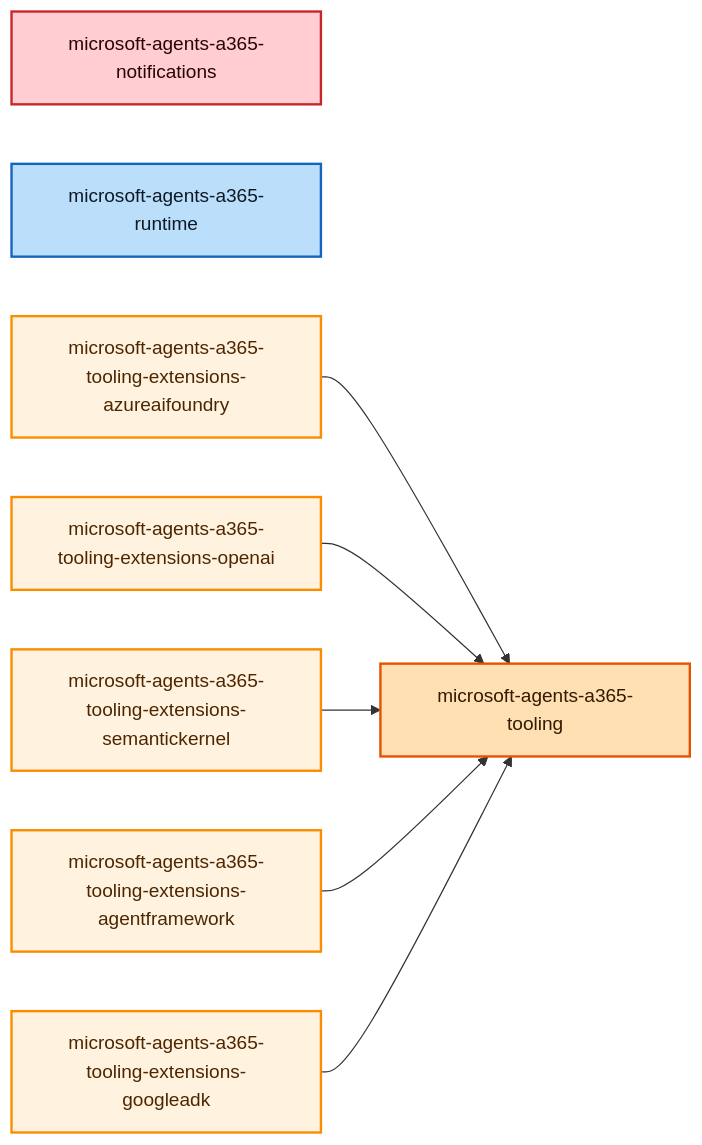
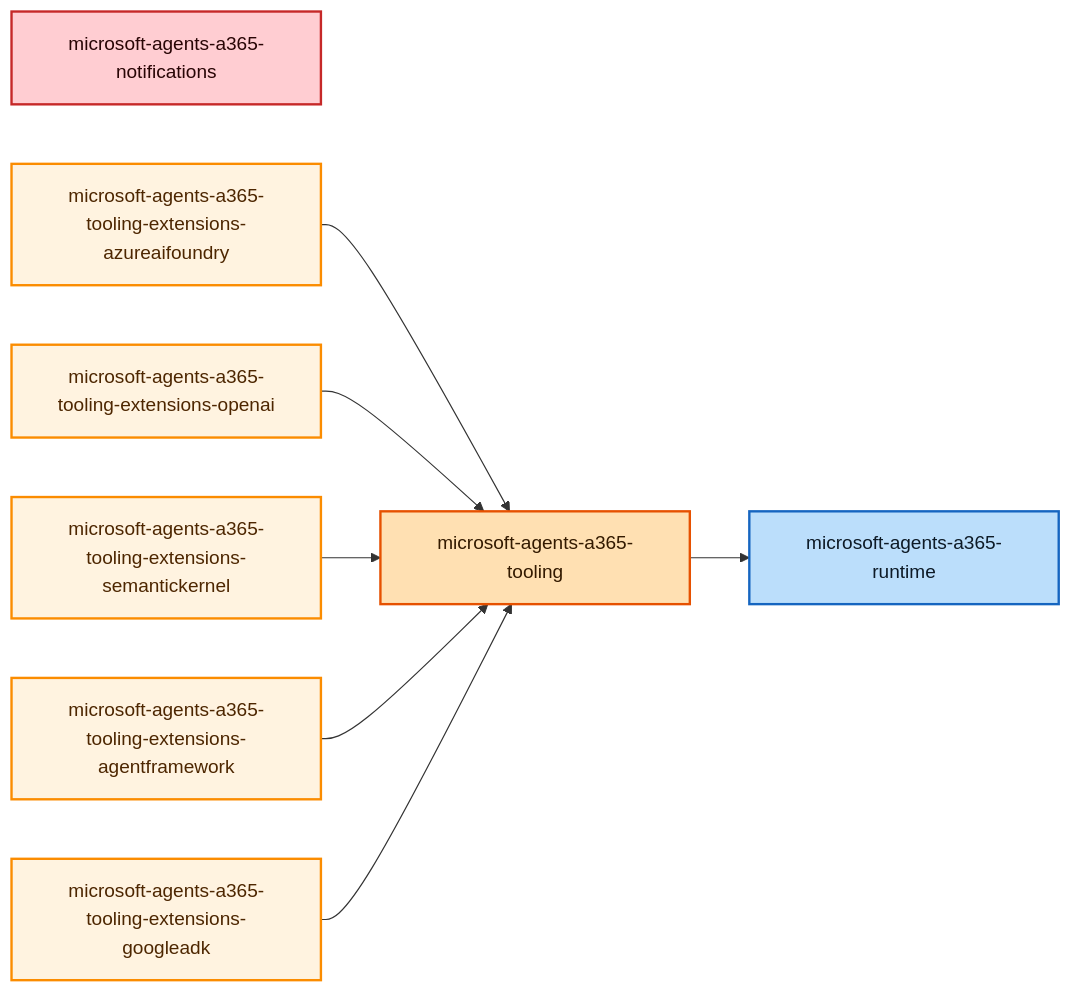
The diagram in DEPENDENCIES.md (microsoft/Agent365-python), drawn with Mermaid before and after one commit. The commit also changed 5 other files, not shown here.

First line of the commit message:
Declare Tooling's published Runtime dependency

````diff
--- a/DEPENDENCIES.md
+++ b/DEPENDENCIES.md
@@ -5,29 +5,30 @@
 ```mermaid
 graph LR
     %% Package Nodes
     microsoft_agents_a365_notifications["microsoft-agents-a365-notifications"]
     microsoft_agents_a365_runtime["microsoft-agents-a365-runtime"]
     microsoft_agents_a365_tooling["microsoft-agents-a365-tooling"]
     microsoft_agents_a365_tooling_extensions_azureaifoundry["microsoft-agents-a365-tooling-extensions-azureaifoundry"]
     microsoft_agents_a365_tooling_extensions_openai["microsoft-agents-a365-tooling-extensions-openai"]
     microsoft_agents_a365_tooling_extensions_semantickernel["microsoft-agents-a365-tooling-extensions-semantickernel"]
     microsoft_agents_a365_tooling_extensions_agentframework["microsoft-agents-a365-tooling-extensions-agentframework"]
     microsoft_agents_a365_tooling_extensions_googleadk["microsoft-agents-a365-tooling-extensions-googleadk"]
 
     %% Dependencies
+    microsoft_agents_a365_tooling --> microsoft_agents_a365_runtime
     microsoft_agents_a365_tooling_extensions_azureaifoundry --> microsoft_agents_a365_tooling
     microsoft_agents_a365_tooling_extensions_openai --> microsoft_agents_a365_tooling
     microsoft_agents_a365_tooling_extensions_semantickernel --> microsoft_agents_a365_tooling
     microsoft_agents_a365_tooling_extensions_agentframework --> microsoft_agents_a365_tooling
     microsoft_agents_a365_tooling_extensions_googleadk --> microsoft_agents_a365_tooling
 
     %% Styling
     classDef notifications fill:#ffcdd2,stroke:#c62828,color:#280505,stroke-width:2px
     class microsoft_agents_a365_notifications notifications
     classDef runtime fill:#bbdefb,stroke:#1565c0,color:#0d1a26,stroke-width:2px
     class microsoft_agents_a365_runtime runtime
     classDef tooling fill:#ffe0b2,stroke:#e65100,color:#331a00,stroke-width:2px
     class microsoft_agents_a365_tooling tooling
     classDef tooling_extensions fill:#fff3e0,stroke:#fb8c00,color:#4d2600,stroke-width:2px
     class microsoft_agents_a365_tooling_extensions_azureaifoundry,microsoft_agents_a365_tooling_extensions_openai,microsoft_agents_a365_tooling_extensions_semantickernel,microsoft_agents_a365_tooling_extensions_agentframework,microsoft_agents_a365_tooling_extensions_googleadk tooling_extensions
 ```
````
